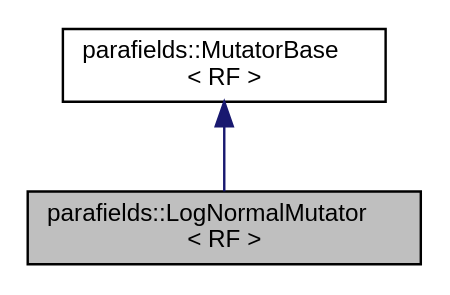
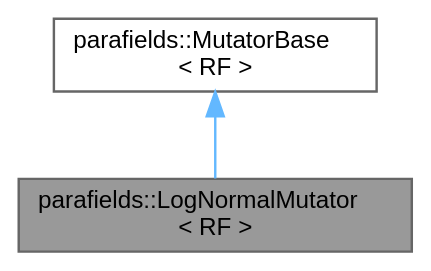
Before and after one commit to parafields/parafields-core: the diagram in a01044.dot, drawn with Graphviz. The commit also changed 509 other files, not shown here.

```diff
--- a/a01044.dot
+++ b/a01044.dot
@@ -1,9 +1,10 @@
 digraph "parafields::LogNormalMutator&lt; RF &gt;"
 {
  // LATEX_PDF_SIZE
-  edge [fontname="Helvetica",fontsize="10",labelfontname="Helvetica",labelfontsize="10"];
-  node [fontname="Helvetica",fontsize="10",shape=record];
-  Node1 [label="parafields::LogNormalMutator\l\< RF \>",height=0.2,width=0.4,color="black", fillcolor="grey75", style="filled", fontcolor="black",tooltip="Exponential function mutator for log-normal fields."];
-  Node2 -> Node1 [dir="back",color="midnightblue",fontsize="10",style="solid",fontname="Helvetica"];
-  Node2 [label="parafields::MutatorBase\l\< RF \>",height=0.2,width=0.4,color="black", fillcolor="white", style="filled",URL="$a01037.html",tooltip="Abstract base class for value transformations."];
+  bgcolor="transparent";
+  edge [fontname=Helvetica,fontsize=10,labelfontname=Helvetica,labelfontsize=10];
+  node [fontname=Helvetica,fontsize=10,shape=box,height=0.2,width=0.4];
+  Node1 [id="Node000001",label="parafields::LogNormalMutator\l\< RF \>",height=0.2,width=0.4,color="gray40", fillcolor="grey60", style="filled", fontcolor="black",tooltip="Exponential function mutator for log-normal fields."];
+  Node2 -> Node1 [id="edge1_Node000001_Node000002",dir="back",color="steelblue1",style="solid",tooltip=" "];
+  Node2 [id="Node000002",label="parafields::MutatorBase\l\< RF \>",height=0.2,width=0.4,color="gray40", fillcolor="white", style="filled",URL="$a01037.html",tooltip="Abstract base class for value transformations."];
 }
```
